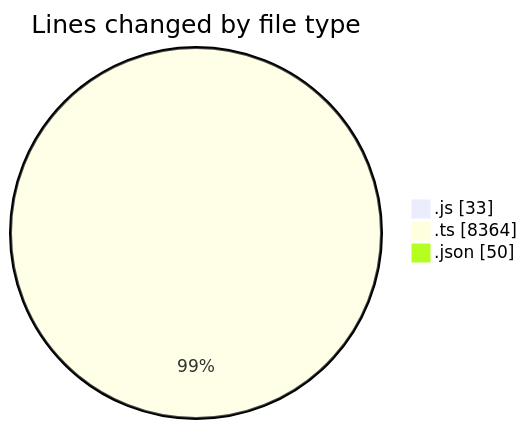
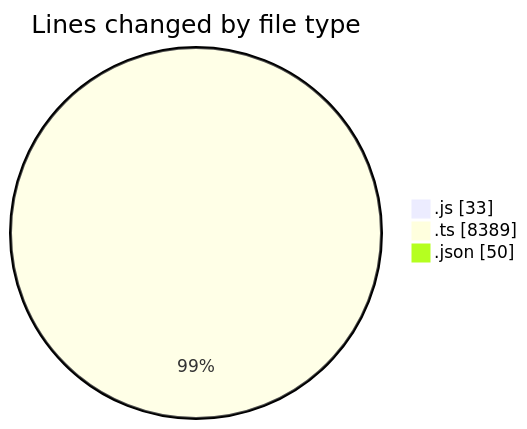
One commit to momahboobian/code-tracking changed the first of 2 diagrams in 2025-09-08/cda/README.md. Above: the diagram before and after it, drawn with Mermaid. The commit also changed other lines of this file and 1 other file, not shown here.

````diff
--- a/2025-09-08/cda/README.md
+++ b/2025-09-08/cda/README.md
@@ -25,7 +25,7 @@
 ```mermaid
 pie showData
 title Lines changed by file type
 ".js" : 33
-".ts" : 8364
+".ts" : 8389
 ".json" : 50
 ```
````
